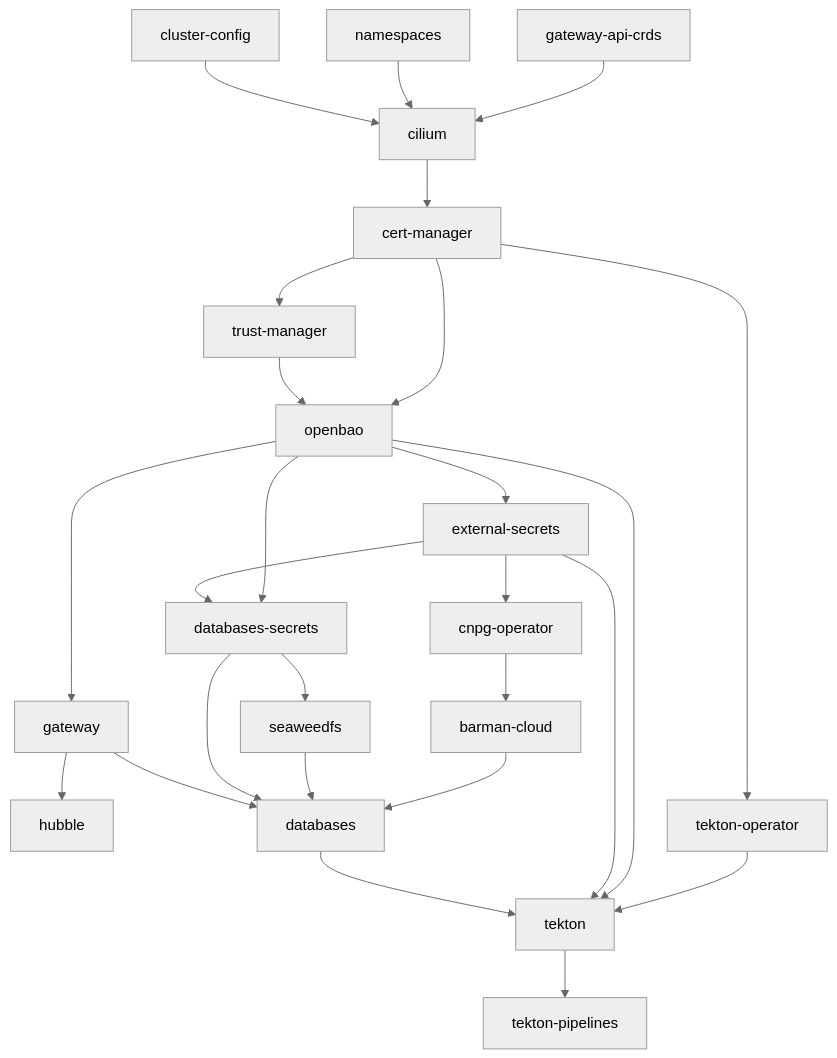
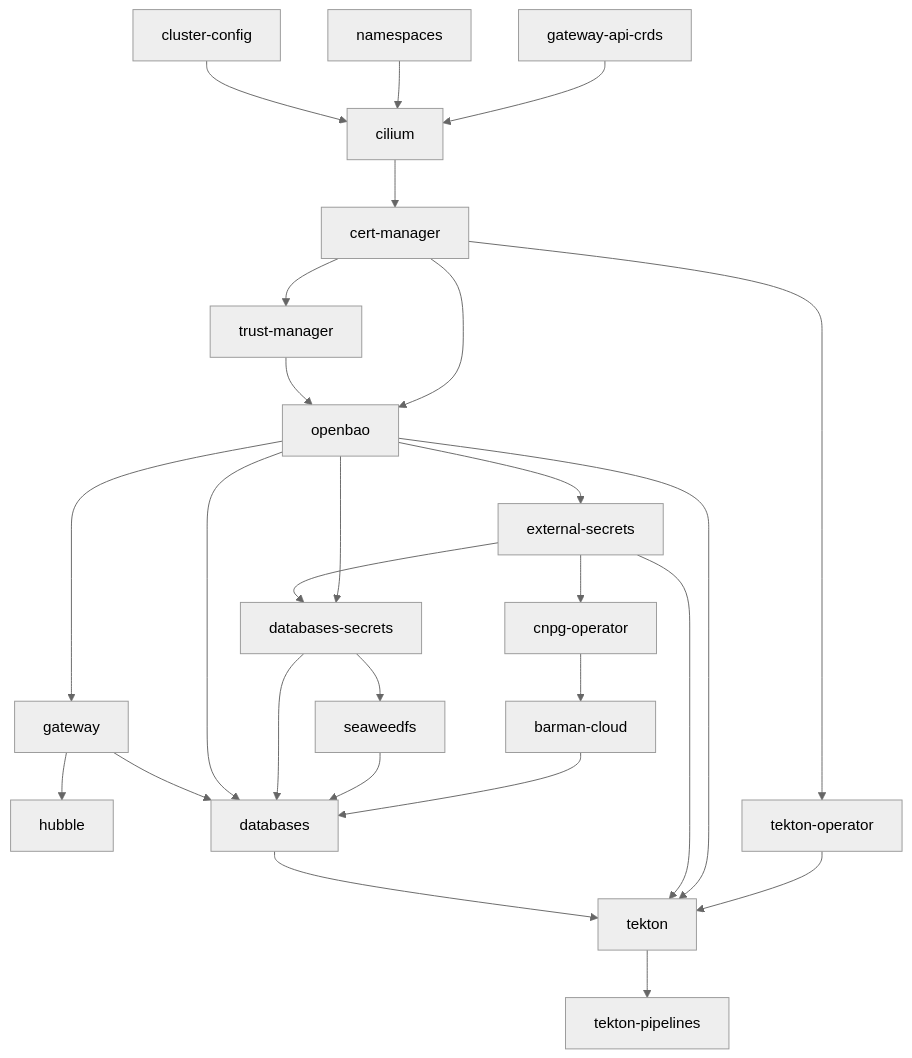
Before and after one commit to DragonBishop/data_science_cluster: the diagram in docs/INSTALLATION.md, drawn with Mermaid (neutral theme). The commit also changed other lines of this file and 8 other files, not shown here.

````diff
--- a/docs/INSTALLATION.md
+++ b/docs/INSTALLATION.md
@@ -355,38 +355,39 @@
 ```mermaid
 flowchart TD
     %% Base Foundations
     crds["gateway-api-crds"] --> cilium["cilium"]
     ns["namespaces"] --> cilium
     cc["cluster-config"] --> cilium
 
     %% Core Services & PKI
     cilium --> certmgr["cert-manager"]
     certmgr --> trustmgr["trust-manager"]
     certmgr --> openbao["openbao"]
     trustmgr --> openbao
 
     %% Platform Services
     openbao --> eso["external-secrets"]
     eso --> cnpg["cnpg-operator"]
     cnpg --> barman["barman-cloud"]
 
     openbao --> gw["gateway"]
     gw --> hubble["hubble"]
 
     %% Applications
     openbao --> dbsecrets["databases-secrets"]
     eso --> dbsecrets
     dbsecrets --> seaweedfs["seaweedfs"]
     barman --> db["databases"]
     seaweedfs --> db
     dbsecrets --> db
+    openbao --> db
     gw --> db
 
     %% CI
     certmgr --> tektonop["tekton-operator"]
     tektonop --> tekton["tekton"]
     openbao --> tekton
     eso --> tekton
     db --> tekton
     tekton --> tektonpipelines["tekton-pipelines"]
 ```
````
